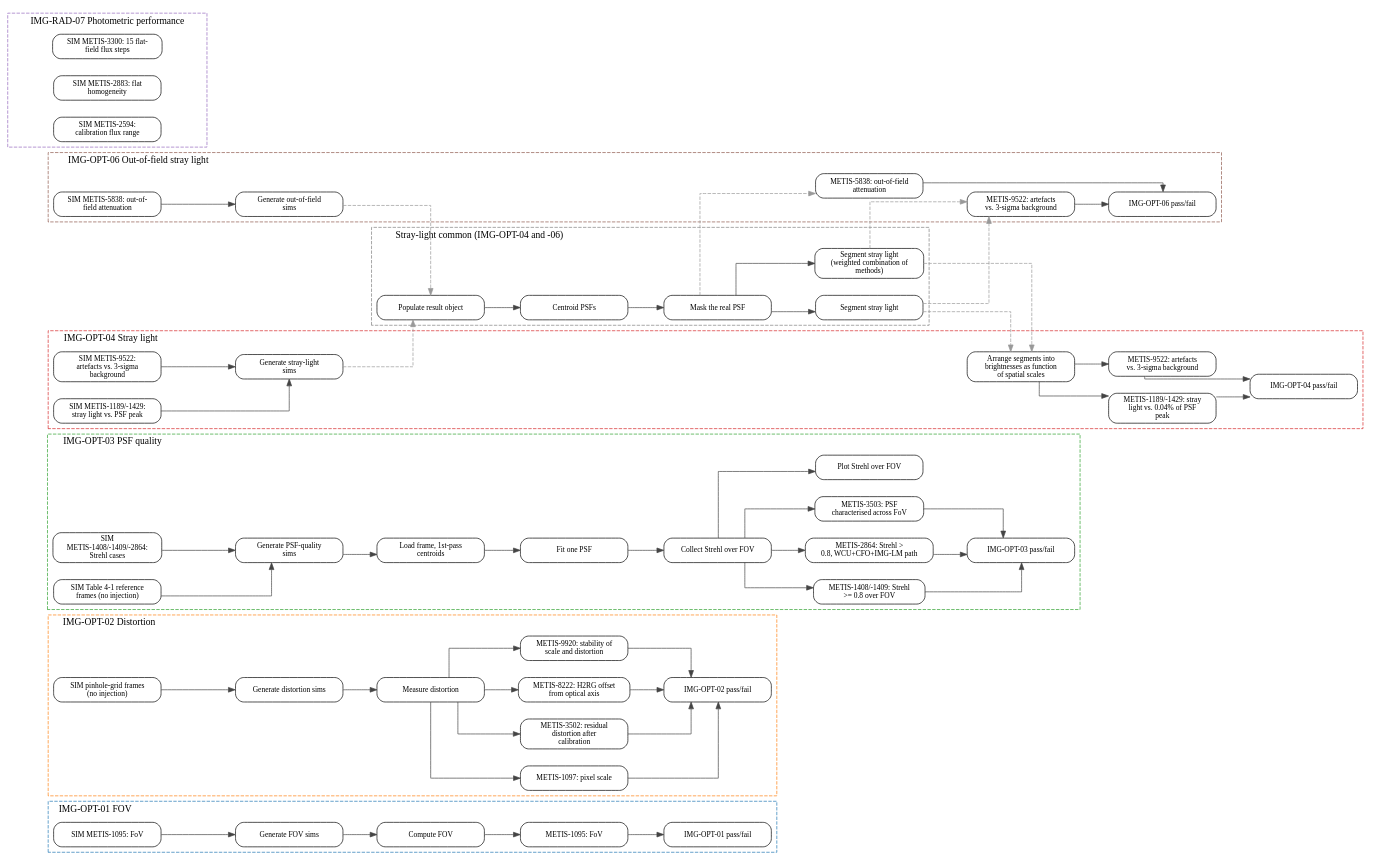
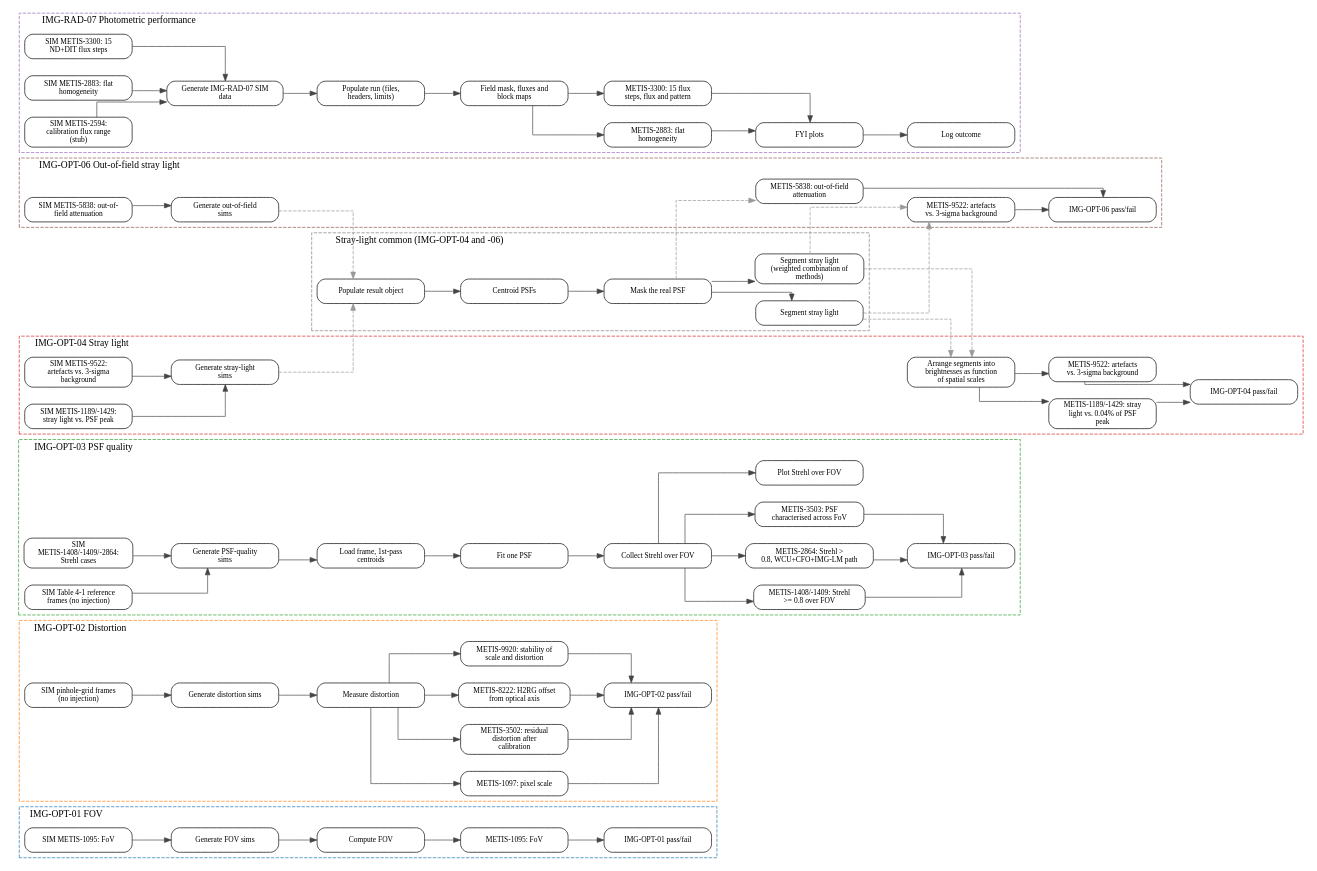
Before and after one commit to mwanakijiji/metis_work: the diagram in docs/uml/pipeline_flow.dot, drawn with Graphviz. The commit also changed 3 other files, not shown here.

Commit message:
initial IMG RAD 07 analysis

```diff
--- a/docs/uml/pipeline_flow.dot
+++ b/docs/uml/pipeline_flow.dot
@@ -98,6 +98,13 @@
     simulate_metis_2594;
     simulate_metis_2883;
     simulate_metis_3300;
+    generate_phot_performance_sim;
+    img_rad_07_populate_run;
+    img_rad_07_reduce_flats;
+    img_rad_07_metis_2883_check;
+    img_rad_07_metis_3300_check;
+    img_rad_07_plots;
+    img_rad_07_log_test_outcome;
   }
 
   sim_img_01_metis_1095 [label="SIM METIS-1095: FoV"];
@@ -112,9 +119,10 @@
   generate_stray_light_sim [label="Generate stray-light\nsims"];
   sim_img_06_metis_5838 [label="SIM METIS-5838: out-of-\nfield attenuation"];
   generate_out_of_field_sim [label="Generate out-of-field\nsims"];
-  simulate_metis_2594 [label="SIM METIS-2594:\ncalibration flux range"];
+  simulate_metis_2594 [label="SIM METIS-2594:\ncalibration flux range\n(stub)"];
   simulate_metis_2883 [label="SIM METIS-2883: flat\nhomogeneity"];
-  simulate_metis_3300 [label="SIM METIS-3300: 15 flat-\nfield flux steps"];
+  simulate_metis_3300 [label="SIM METIS-3300: 15\nND+DIT flux steps"];
+  generate_phot_performance_sim [label="Generate IMG-RAD-07 SIM\ndata"];
   prepare_psf_grid [label="Load frame, 1st-pass\ncentroids"];
   process_one_psf [label="Fit one PSF"];
   collect_strehls [label="Collect Strehl over FOV"];
@@ -139,6 +147,12 @@
   metis_5838_attenuation [label="METIS-5838: out-of-field\nattenuation"];
   metis_9522_check [label="METIS-9522: artefacts\nvs. 3-sigma background"];
   img_06_test_outcome [label="IMG-OPT-06 pass/fail"];
+  img_rad_07_populate_run [label="Populate run (files,\nheaders, limits)"];
+  img_rad_07_reduce_flats [label="Field mask, fluxes and\nblock maps"];
+  img_rad_07_metis_2883_check [label="METIS-2883: flat\nhomogeneity"];
+  img_rad_07_metis_3300_check [label="METIS-3300: 15 flux\nsteps, flux and pattern"];
+  img_rad_07_plots [label="FYI plots"];
+  img_rad_07_log_test_outcome [label="Log outcome"];
   populate_result_obj_info [label="Populate result object"];
   centroid_2passes_oversample [label="Centroid PSFs"];
   stray_light_mask_real [label="Mask the real PSF"];
@@ -155,36 +169,43 @@
   sim_img_04_metis_9522 -> simulate_metis_2594 [style=invis];
   simulate_metis_2594 -> simulate_metis_2883 [style=invis];
   simulate_metis_2883 -> simulate_metis_3300 [style=invis];
-  { rank=same; generate_fov_sim; generate_distortion_sim; generate_psf_quality_sim; generate_out_of_field_sim; generate_stray_light_sim; }
+  { rank=same; generate_fov_sim; generate_distortion_sim; generate_psf_quality_sim; generate_out_of_field_sim; generate_stray_light_sim; generate_phot_performance_sim; }
   generate_fov_sim -> generate_distortion_sim [style=invis];
   generate_distortion_sim -> generate_psf_quality_sim [style=invis];
   generate_psf_quality_sim -> generate_out_of_field_sim [style=invis];
   generate_out_of_field_sim -> generate_stray_light_sim [style=invis];
-  { rank=same; fov_calc; image_distortion; prepare_psf_grid; populate_result_obj_info; }
+  generate_stray_light_sim -> generate_phot_performance_sim [style=invis];
+  { rank=same; fov_calc; image_distortion; prepare_psf_grid; populate_result_obj_info; img_rad_07_populate_run; }
   fov_calc -> image_distortion [style=invis];
   image_distortion -> prepare_psf_grid [style=invis];
   prepare_psf_grid -> populate_result_obj_info [style=invis];
-  { rank=same; metis_1095_fov_check; metis_1097_pixel_scale; metis_3502_residual_distortion; metis_8222_detector_offset; metis_9920_scale_stability; process_one_psf; centroid_2passes_oversample; }
+  populate_result_obj_info -> img_rad_07_populate_run [style=invis];
+  { rank=same; metis_1095_fov_check; metis_1097_pixel_scale; metis_3502_residual_distortion; metis_8222_detector_offset; metis_9920_scale_stability; process_one_psf; centroid_2passes_oversample; img_rad_07_reduce_flats; }
   metis_1095_fov_check -> metis_1097_pixel_scale [style=invis];
   metis_1097_pixel_scale -> metis_3502_residual_distortion [style=invis];
   metis_3502_residual_distortion -> metis_8222_detector_offset [style=invis];
   metis_8222_detector_offset -> metis_9920_scale_stability [style=invis];
   metis_9920_scale_stability -> process_one_psf [style=invis];
   process_one_psf -> centroid_2passes_oversample [style=invis];
-  { rank=same; img_01_test_outcome; img_02_test_outcome; collect_strehls; stray_light_mask_real; }
+  centroid_2passes_oversample -> img_rad_07_reduce_flats [style=invis];
+  { rank=same; img_01_test_outcome; img_02_test_outcome; collect_strehls; stray_light_mask_real; img_rad_07_metis_2883_check; img_rad_07_metis_3300_check; }
   img_01_test_outcome -> img_02_test_outcome [style=invis];
   img_02_test_outcome -> collect_strehls [style=invis];
   collect_strehls -> stray_light_mask_real [style=invis];
-  { rank=same; img_03_metis_1408_1409_check; img_03_metis_2864_check; img_03_metis_3503_check; plot_strehl_fov; metis_5838_attenuation; stray_light_segmentation; stray_light_segmentation_combined; }
+  stray_light_mask_real -> img_rad_07_metis_2883_check [style=invis];
+  img_rad_07_metis_2883_check -> img_rad_07_metis_3300_check [style=invis];
+  { rank=same; img_03_metis_1408_1409_check; img_03_metis_2864_check; img_03_metis_3503_check; plot_strehl_fov; metis_5838_attenuation; stray_light_segmentation; stray_light_segmentation_combined; img_rad_07_plots; }
   img_03_metis_1408_1409_check -> img_03_metis_2864_check [style=invis];
   img_03_metis_2864_check -> img_03_metis_3503_check [style=invis];
   img_03_metis_3503_check -> plot_strehl_fov [style=invis];
   plot_strehl_fov -> metis_5838_attenuation [style=invis];
   metis_5838_attenuation -> stray_light_segmentation [style=invis];
   stray_light_segmentation -> stray_light_segmentation_combined [style=invis];
-  { rank=same; img_03_test_outcome; metis_9522_check; stray_light_brightness_spectrum; }
+  stray_light_segmentation_combined -> img_rad_07_plots [style=invis];
+  { rank=same; img_03_test_outcome; metis_9522_check; stray_light_brightness_spectrum; img_rad_07_log_test_outcome; }
   img_03_test_outcome -> metis_9522_check [style=invis];
   metis_9522_check -> stray_light_brightness_spectrum [style=invis];
+  stray_light_brightness_spectrum -> img_rad_07_log_test_outcome [style=invis];
   { rank=same; img_06_test_outcome; img_04_metis_1189_1429_check; img_04_metis_9522_check; }
   img_06_test_outcome -> img_04_metis_1189_1429_check [style=invis];
   img_04_metis_1189_1429_check -> img_04_metis_9522_check [style=invis];
@@ -197,6 +218,9 @@
   sim_img_04_metis_1189_1429 -> generate_stray_light_sim [weight=10];
   sim_img_04_metis_9522 -> generate_stray_light_sim [weight=10];
   sim_img_06_metis_5838 -> generate_out_of_field_sim [weight=10];
+  simulate_metis_2594 -> generate_phot_performance_sim [weight=10];
+  simulate_metis_2883 -> generate_phot_performance_sim [weight=10];
+  simulate_metis_3300 -> generate_phot_performance_sim [weight=10];
   generate_psf_quality_sim -> prepare_psf_grid [weight=10];
   prepare_psf_grid -> process_one_psf [weight=10];
   process_one_psf -> collect_strehls [weight=10];
@@ -230,6 +254,13 @@
   stray_light_segmentation_combined -> metis_9522_check [style=dashed, color="#999999", constraint=false];
   metis_5838_attenuation -> img_06_test_outcome [weight=10];
   metis_9522_check -> img_06_test_outcome [weight=10];
+  generate_phot_performance_sim -> img_rad_07_populate_run [weight=10];
+  img_rad_07_populate_run -> img_rad_07_reduce_flats [weight=10];
+  img_rad_07_reduce_flats -> img_rad_07_metis_2883_check [weight=10];
+  img_rad_07_reduce_flats -> img_rad_07_metis_3300_check [weight=10];
+  img_rad_07_metis_2883_check -> img_rad_07_plots [weight=10];
+  img_rad_07_metis_3300_check -> img_rad_07_plots [weight=10];
+  img_rad_07_plots -> img_rad_07_log_test_outcome [weight=10];
   generate_stray_light_sim -> populate_result_obj_info [style=dashed, color="#999999", constraint=false];
   generate_out_of_field_sim -> populate_result_obj_info [style=dashed, color="#999999", constraint=false];
   populate_result_obj_info -> centroid_2passes_oversample [weight=10];
```
